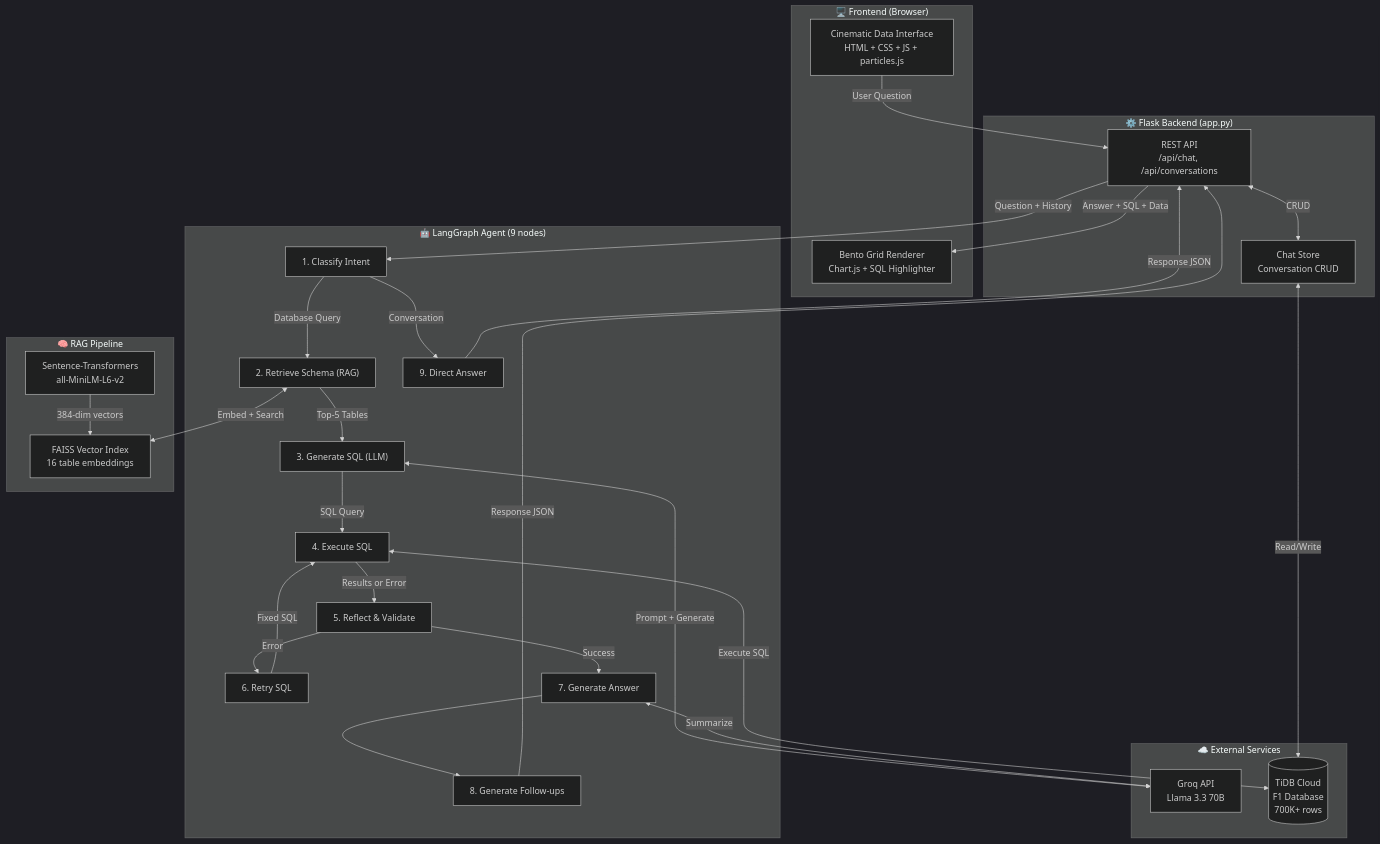
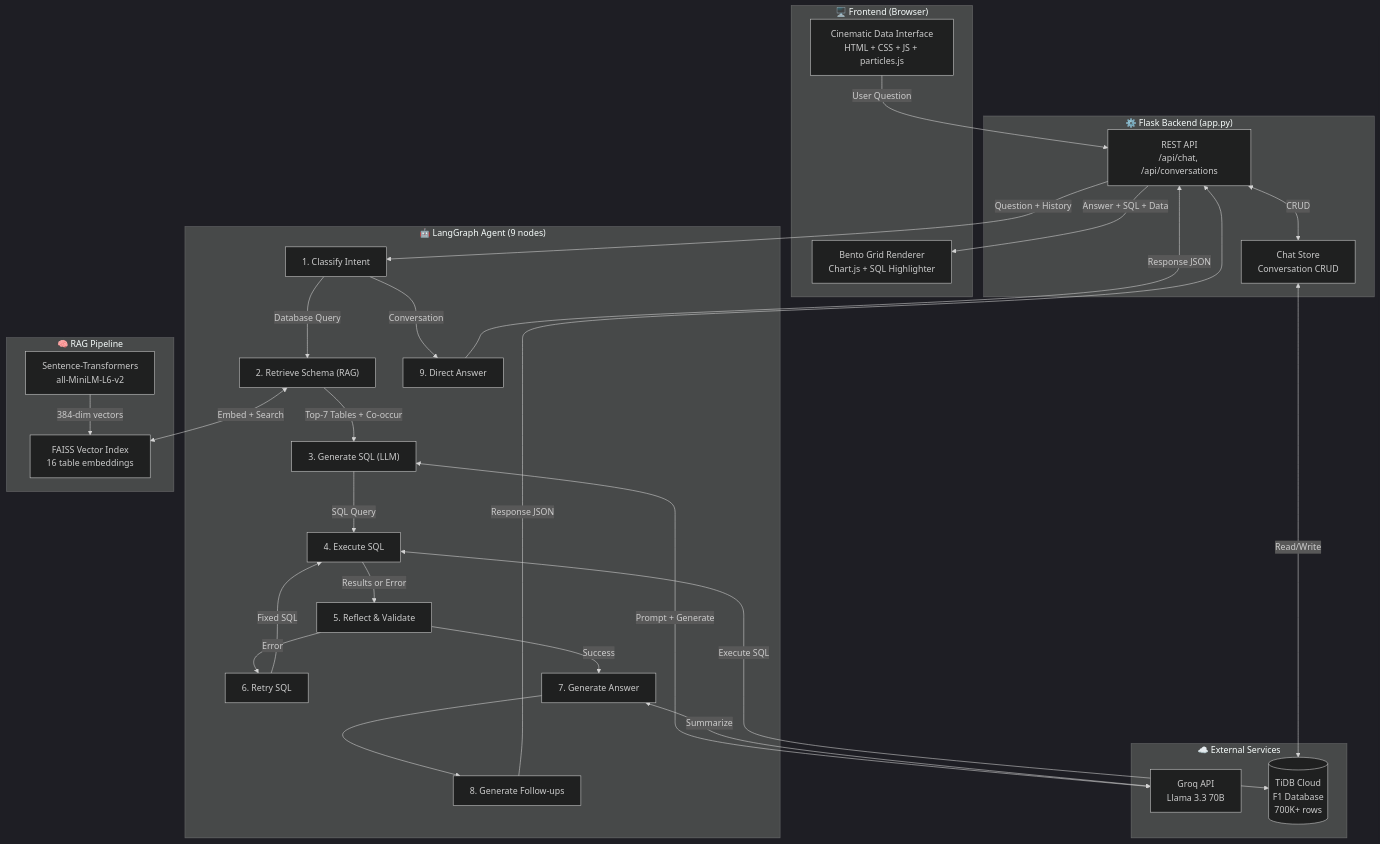
Before and after one commit to Venkateswara-Sahu/AI_Powered_Text-to-SQL_RAG_Chatbot: the first of 4 diagrams in REPORT.md, drawn with Mermaid (dark theme). The commit also changed other lines of this file and 10 other files, not shown here.

````diff
--- a/REPORT.md
+++ b/REPORT.md
@@ -111,56 +111,56 @@
 ```mermaid
 graph TB
     subgraph Frontend ["🖥️ Frontend (Browser)"]
         UI["Cinematic Data Interface<br/>HTML + CSS + JS + particles.js"]
         BG["Bento Grid Renderer<br/>Chart.js + SQL Highlighter"]
     end
 
     subgraph Backend ["⚙️ Flask Backend (app.py)"]
         API["REST API<br/>/api/chat, /api/conversations"]
         CS["Chat Store<br/>Conversation CRUD"]
     end
 
     subgraph Agent ["🤖 LangGraph Agent (9 nodes)"]
         CL["1. Classify Intent"]
         RS["2. Retrieve Schema (RAG)"]
         GS["3. Generate SQL (LLM)"]
         EX["4. Execute SQL"]
         RF["5. Reflect & Validate"]
         RT["6. Retry SQL"]
         GA["7. Generate Answer"]
         GF["8. Generate Follow-ups"]
         DA["9. Direct Answer"]
     end
 
     subgraph RAG ["🧠 RAG Pipeline"]
         EMB["Sentence-Transformers<br/>all-MiniLM-L6-v2"]
         FAISS["FAISS Vector Index<br/>16 table embeddings"]
     end
 
     subgraph External ["☁️ External Services"]
         GROQ["Groq API<br/>Llama 3.3 70B"]
         TIDB[("TiDB Cloud<br/>F1 Database<br/>700K+ rows")]
     end
 
     UI -->|User Question| API
     API -->|Question + History| CL
     CL -->|Database Query| RS
     CL -->|Conversation| DA
-    RS -->|Top-5 Tables| GS
+    RS -->|Top-7 Tables + Co-occur| GS
     GS -->|SQL Query| EX
     EX -->|Results or Error| RF
     RF -->|Error| RT
     RT -->|Fixed SQL| EX
     RF -->|Success| GA
     GA --> GF
     GF -->|Response JSON| API
     DA -->|Response JSON| API
     API -->|Answer + SQL + Data| BG
     API <-->|CRUD| CS
     CS <-->|Read/Write| TIDB
     RS <-->|Embed + Search| FAISS
     EMB -->|384-dim vectors| FAISS
     GS <-->|Prompt + Generate| GROQ
     GA <-->|Summarize| GROQ
     EX <-->|Execute SQL| TIDB
 ```
````
